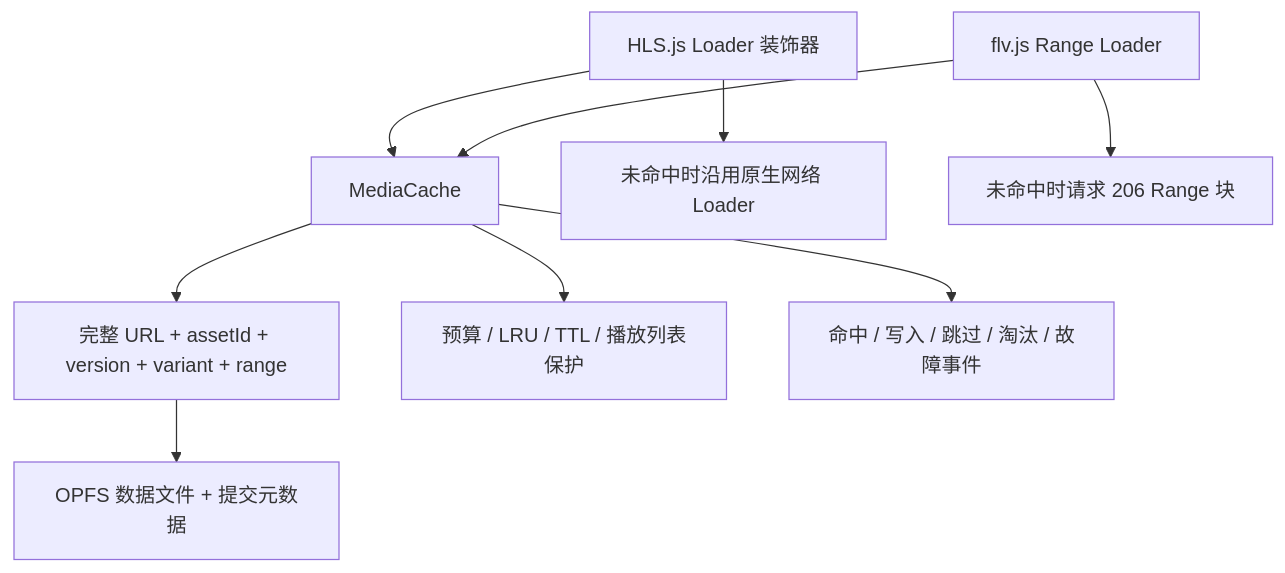
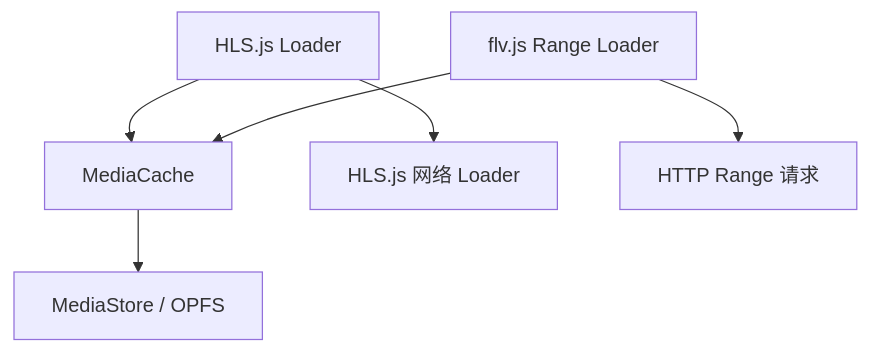
Before and after one commit to ming-razor/opfs-media-cache: the diagram in docs/技术方案与开源说明.md, drawn with Mermaid. The commit also changed other lines of this file and 17 other files, not shown here.

````diff
--- a/docs/技术方案与开源说明.md
+++ b/docs/技术方案与开源说明.md
@@ -17,11 +11,8 @@
 ```mermaid
 flowchart TD
-  H[HLS.js Loader 装饰器] --> C[MediaCache]
+  H[HLS.js Loader] --> C[MediaCache]
   F[flv.js Range Loader] --> C
-  C --> K[完整 URL + assetId + version + variant + range]
-  K --> S[OPFS 数据文件 + 提交元数据]
-  C --> P[预算 / LRU / TTL / 播放列表保护]
-  C --> E[命中 / 写入 / 跳过 / 淘汰 / 故障事件]
-  H --> N[未命中时沿用原生网络 Loader]
-  F --> R[未命中时请求 206 Range 块]
+  C --> S[MediaStore / OPFS]
+  H --> N[HLS.js 网络 Loader]
+  F --> R[HTTP Range 请求]
 ```
````
